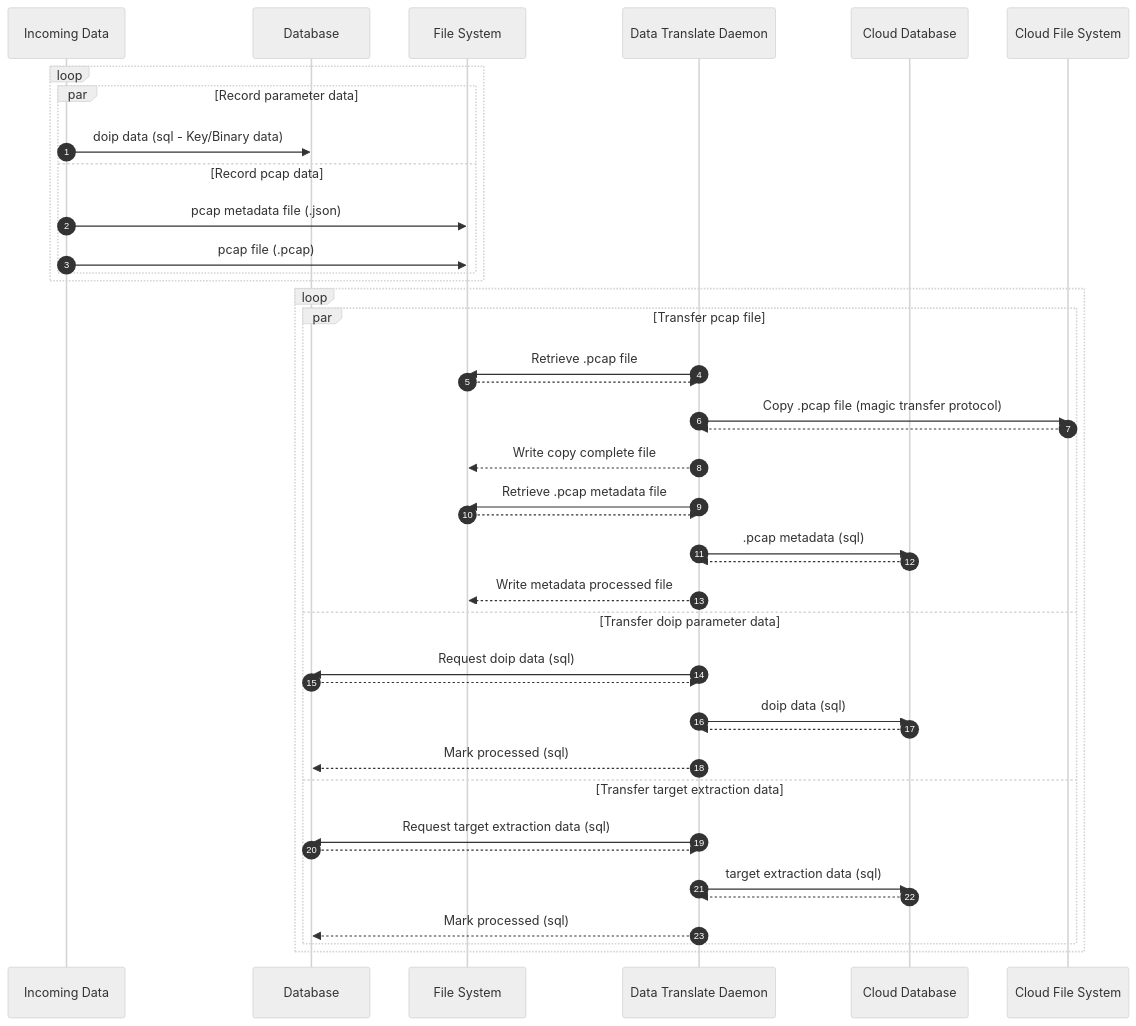
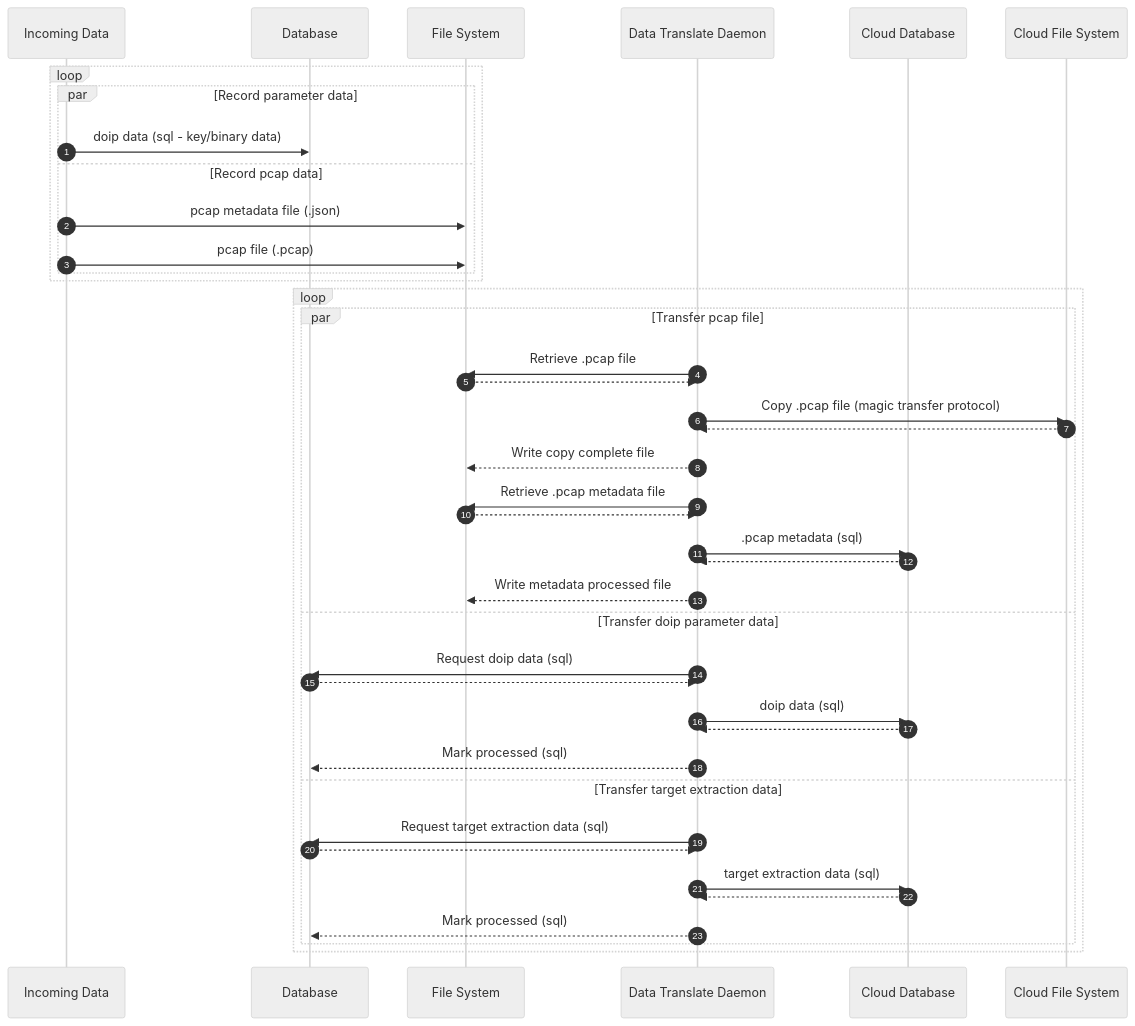
One commit to matthew-beisser/testing-automation-pipeline-3 changed the third of 3 diagrams in docs/architecture/architecture.md. Above: the diagram before and after it, drawn with Mermaid. The commit also changed other lines of this file, not shown here.

Commit message:
Updated docs (Data Collection) based upon feedback from Jeff

````diff
--- a/docs/architecture/architecture.md
+++ b/docs/architecture/architecture.md
@@ -164,57 +162,54 @@
 ```mermaid
 %%{
     init: {'theme': 'neutral' }
 }%%
 
 sequenceDiagram
     autonumber
 
     Participant DS as Incoming Data
     Participant DB as Database
     Participant FS as File System
     Participant Daemon as Data Translate Daemon
 
-    %%Participant Prod as Message Producer
-    %%Participant Cons as Message Consumer
-
     Participant CloudDB as Cloud Database
     Participant CloudFS as Cloud File System
 
     loop
         par Record parameter data
-            DS->>DB: doip data (sql - Key/Binary data)
+            DS->>DB: doip data (sql - key/binary data)
         and Record pcap data
             DS->>FS: pcap metadata file (.json)
             DS->>FS: pcap file (.pcap)
         end
     end
 
     loop
         par Transfer pcap file
             Daemon->>FS: Retrieve .pcap file
             FS-->>Daemon: 
             Daemon->>CloudFS: Copy .pcap file (magic transfer protocol)
             CloudFS-->>Daemon: 
             Daemon-->>FS: Write copy complete file
 
             Daemon->>FS: Retrieve .pcap metadata file
             FS-->>Daemon: 
             Daemon->>CloudDB: .pcap metadata (sql)
             CloudDB-->>Daemon: 
             Daemon-->>FS: Write metadata processed file
 
         and Transfer doip parameter data
             Daemon->>DB: Request doip data (sql)
             DB-->>Daemon: 
             Daemon->>CloudDB: doip data (sql)
             CloudDB-->>Daemon: 
             Daemon-->>DB: Mark processed (sql)
         and Transfer target extraction data
             Daemon->>DB: Request target extraction data (sql)
             DB-->>Daemon: 
             Daemon->>CloudDB: target extraction data (sql)
             CloudDB-->>Daemon: 
             Daemon-->>DB: Mark processed (sql)
         end
     end
 ```
````
